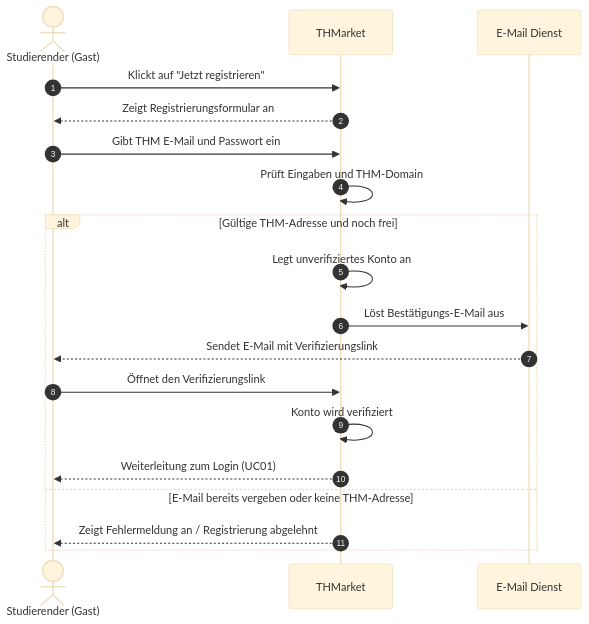
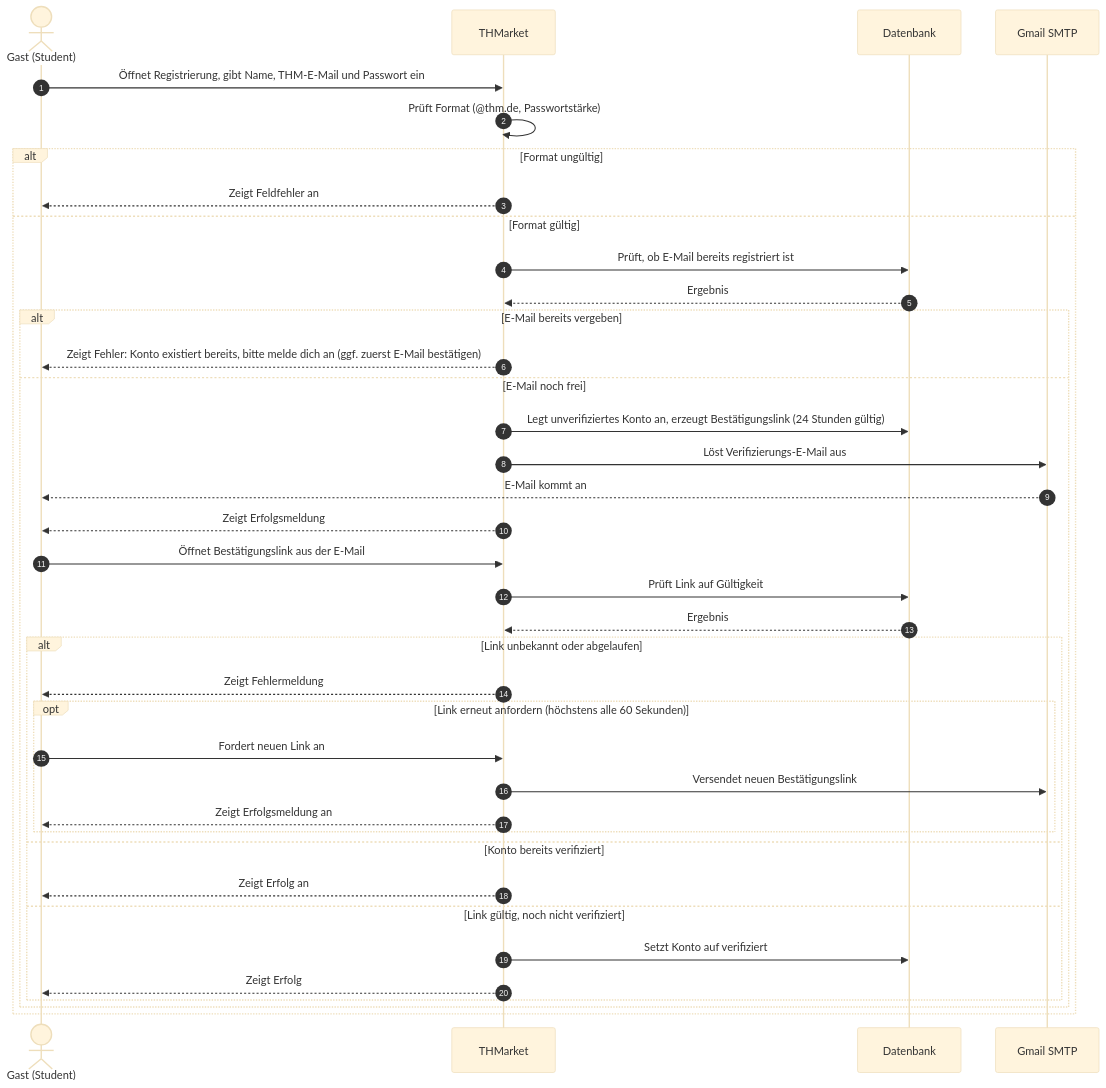
One commit to PatilYash0110/THMarket changed the diagram in docs/spec/diagrams-code/f2-uc02-register.mermaid. Above: the diagram before and after it, drawn with Mermaid (base theme). The commit also changed 17 other files, not shown here.

Commit message:
Diagramme aktualisiert, UC13-16 und weitere Diagramme ergänzt

```diff
--- a/docs/spec/diagrams-code/f2-uc02-register.mermaid
+++ b/docs/spec/diagrams-code/f2-uc02-register.mermaid
@@ -1,21 +1,43 @@
 sequenceDiagram
     autonumber
-    actor Nutzer as Studierender (Gast)
+    actor Gast as Gast (Student)
     participant System as THMarket
-    participant Mail as E-Mail Dienst
-    
-    Nutzer->>System: Klickt auf "Jetzt registrieren"
-    System-->>Nutzer: Zeigt Registrierungsformular an
-    Nutzer->>System: Gibt THM E-Mail und Passwort ein
-    System->>System: Prüft Eingaben und THM-Domain
-    
-    alt Gültige THM-Adresse und noch frei
-        System->>System: Legt unverifiziertes Konto an
-        System->>Mail: Löst Bestätigungs-E-Mail aus
-        Mail-->>Nutzer: Sendet E-Mail mit Verifizierungslink
-        Nutzer->>System: Öffnet den Verifizierungslink
-        System->>System: Konto wird verifiziert
-        System-->>Nutzer: Weiterleitung zum Login (UC01)
-    else E-Mail bereits vergeben oder keine THM-Adresse
-        System-->>Nutzer: Zeigt Fehlermeldung an / Registrierung abgelehnt
+    participant DB as Datenbank
+    participant Mail as Gmail SMTP
+
+    Gast->>System: Öffnet Registrierung, gibt Name, THM-E-Mail und Passwort ein
+    System->>System: Prüft Format (@thm.de, Passwortstärke)
+
+    alt Format ungültig
+        System-->>Gast: Zeigt Feldfehler an
+    else Format gültig
+        System->>DB: Prüft, ob E-Mail bereits registriert ist
+        DB-->>System: Ergebnis
+
+        alt E-Mail bereits vergeben
+            System-->>Gast: Zeigt Fehler: Konto existiert bereits, bitte melde dich an (ggf. zuerst E-Mail bestätigen)
+        else E-Mail noch frei
+            System->>DB: Legt unverifiziertes Konto an, erzeugt Bestätigungslink (24 Stunden gültig)
+            System->>Mail: Löst Verifizierungs-E-Mail aus
+            Mail-->>Gast: E-Mail kommt an
+            System-->>Gast: Zeigt Erfolgsmeldung
+
+            Gast->>System: Öffnet Bestätigungslink aus der E-Mail
+            System->>DB: Prüft Link auf Gültigkeit
+            DB-->>System: Ergebnis
+
+            alt Link unbekannt oder abgelaufen
+                System-->>Gast: Zeigt Fehlermeldung
+                opt Link erneut anfordern (höchstens alle 60 Sekunden)
+                    Gast->>System: Fordert neuen Link an
+                    System->>Mail: Versendet neuen Bestätigungslink
+                    System-->>Gast: Zeigt Erfolgsmeldung an
+                end
+            else Konto bereits verifiziert
+                System-->>Gast: Zeigt Erfolg an
+            else Link gültig, noch nicht verifiziert
+                System->>DB: Setzt Konto auf verifiziert
+                System-->>Gast: Zeigt Erfolg
+            end
+        end
     end
```
